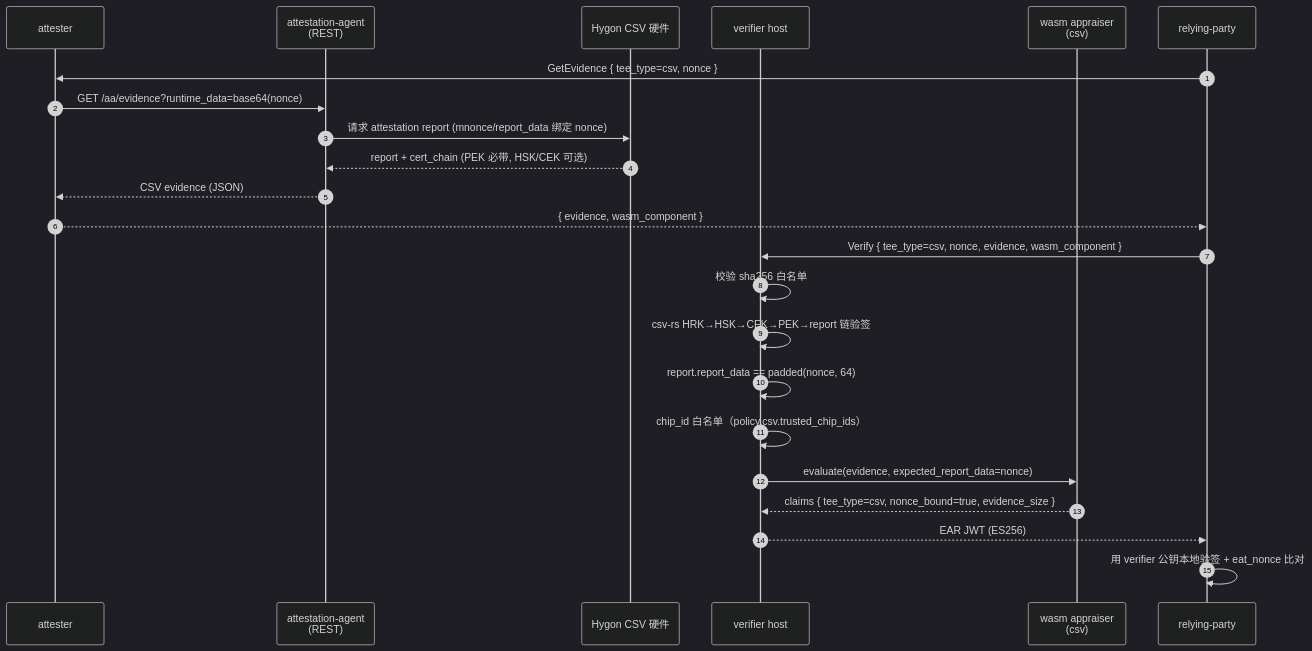
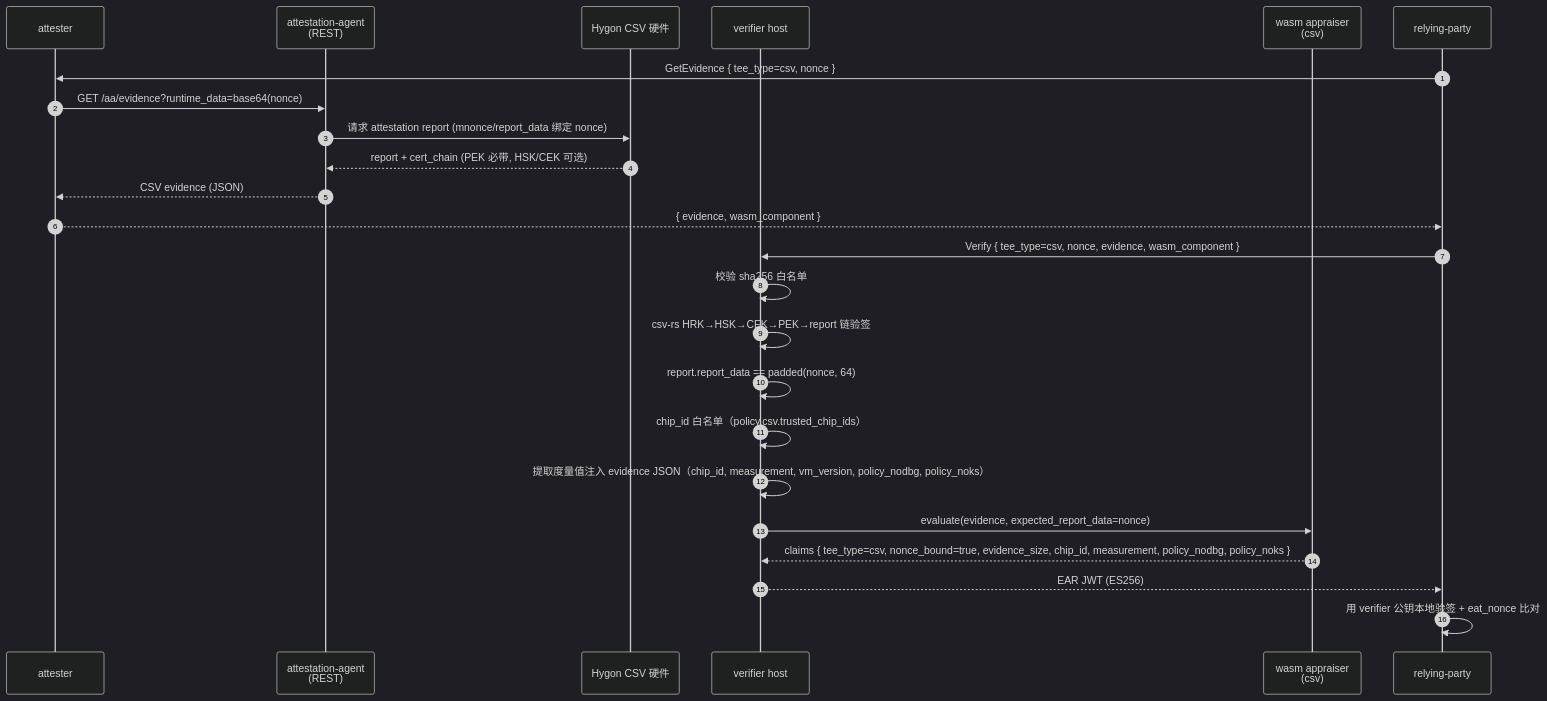
The first of 2 diagrams in docs/csv.md (Zoneshiyi/unified-attestation), drawn with Mermaid (dark theme) before and after one commit. The commit also changed 25 other files, not shown here.

````diff
--- a/docs/csv.md
+++ b/docs/csv.md
@@ -25,30 +25,31 @@
 ```mermaid
 sequenceDiagram
     autonumber
     participant At as attester
     participant AA as attestation-agent<br/>(REST)
     participant TEE as Hygon CSV 硬件
     participant V as verifier host
     participant W as wasm appraiser<br/>(csv)
     participant RP as relying-party
 
     RP->>At: GetEvidence { tee_type=csv, nonce }
     At->>AA: GET /aa/evidence?runtime_data=base64(nonce)
     AA->>TEE: 请求 attestation report (mnonce/report_data 绑定 nonce)
     TEE-->>AA: report + cert_chain (PEK 必带, HSK/CEK 可选)
     AA-->>At: CSV evidence (JSON)
     At-->>RP: { evidence, wasm_component }
 
     RP->>V: Verify { tee_type=csv, nonce, evidence, wasm_component }
 
     V->>V: 校验 sha256 白名单
     V->>V: csv-rs HRK→HSK→CEK→PEK→report 链验签
     V->>V: report.report_data == padded(nonce, 64)
     V->>V: chip_id 白名单（policy.csv.trusted_chip_ids）
+    V->>V: 提取度量值注入 evidence JSON（chip_id, measurement, vm_version, policy_nodbg, policy_noks）
 
     V->>W: evaluate(evidence, expected_report_data=nonce)
-    W-->>V: claims { tee_type=csv, nonce_bound=true, evidence_size }
+    W-->>V: claims { tee_type=csv, nonce_bound=true, evidence_size, chip_id, measurement, policy_nodbg, policy_noks }
 
     V-->>RP: EAR JWT (ES256)
     RP->>RP: 用 verifier 公钥本地验签 + eat_nonce 比对
 ```
````
